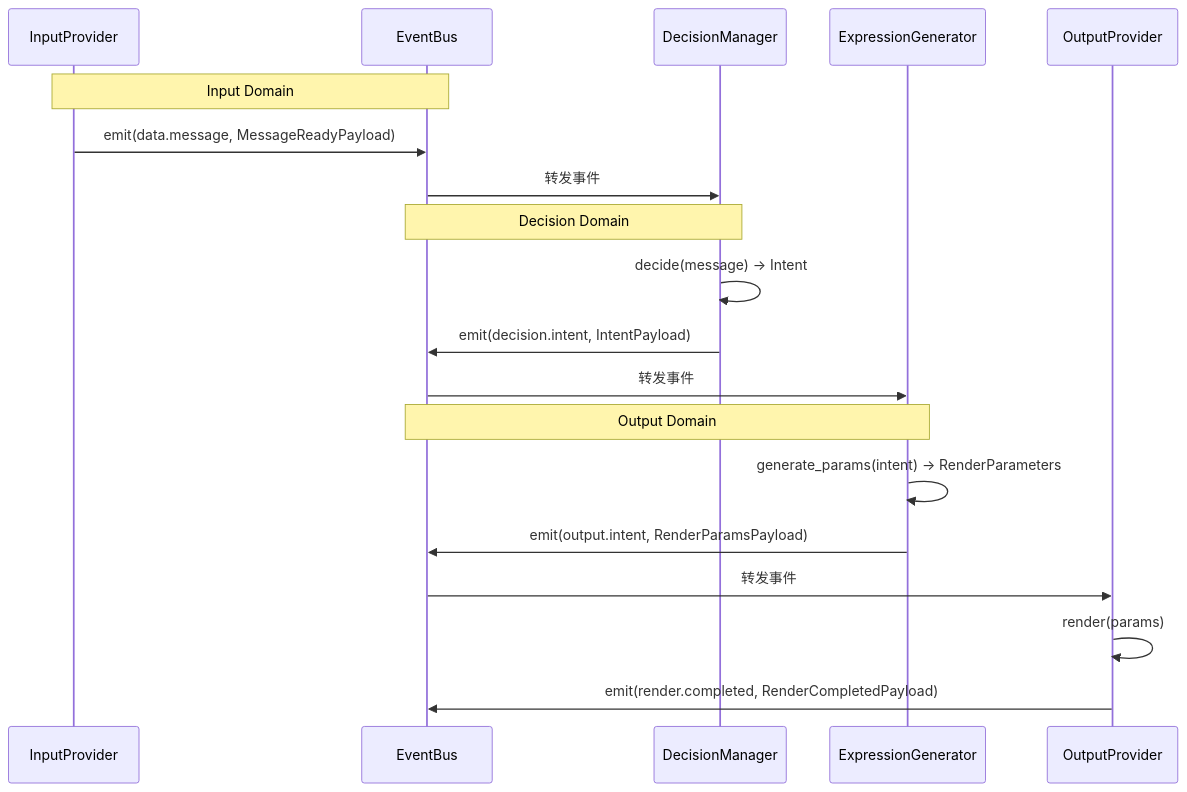
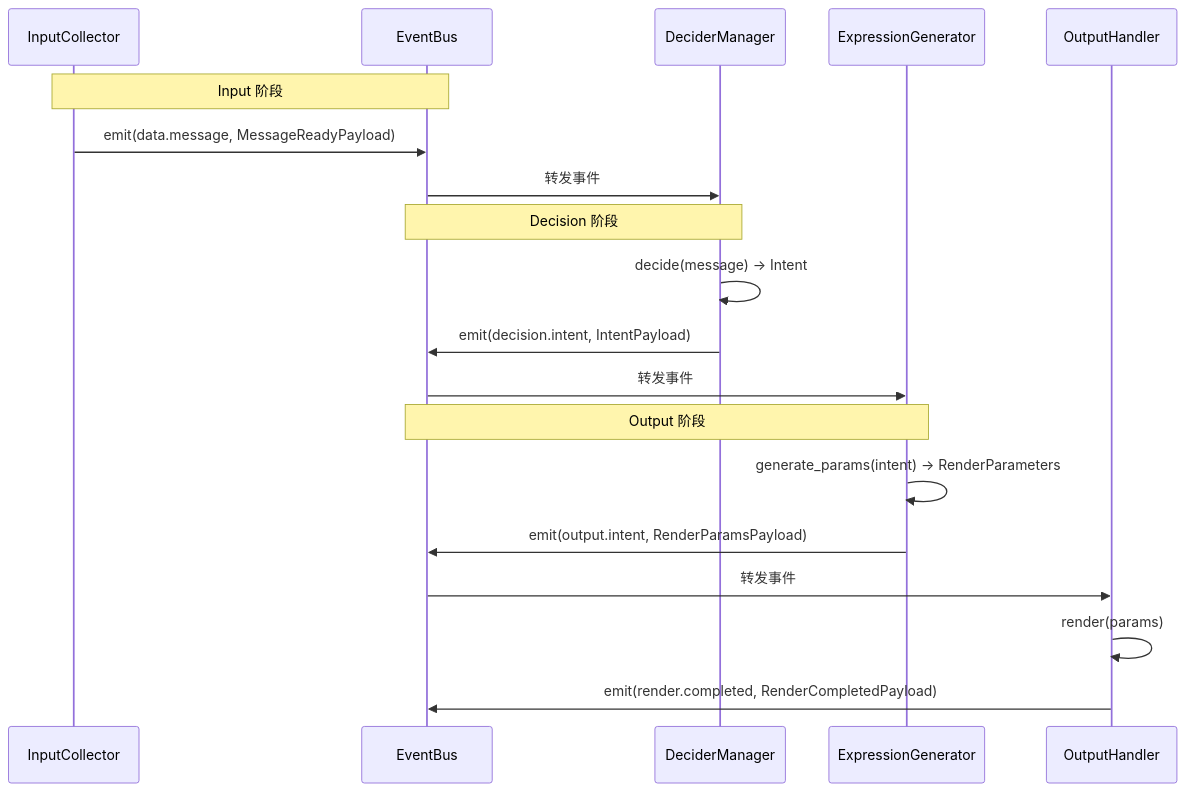
The fourth of 4 diagrams in docs/architecture/event-system.md (Mai-with-u/Amaidesu), drawn with Mermaid before and after one commit. The commit also changed other lines of this file and 169 other files, not shown here.

First line of the commit message:
重构: 移除 Provider 抽象层，改名为 Collector/Decider/Handler

````diff
--- a/docs/architecture/event-system.md
+++ b/docs/architecture/event-system.md
@@ -498,28 +498,28 @@
 ```mermaid
 sequenceDiagram
-    participant IP as InputProvider
+    participant IP as InputCollector
     participant EB as EventBus
-    participant DM as DecisionManager
+    participant DM as DeciderManager
     participant EG as ExpressionGenerator
-    participant OP as OutputProvider
+    participant OP as OutputHandler
 
-    Note over IP,EB: Input Domain
+    Note over IP,EB: Input 阶段
 
     IP->>EB: emit(data.message, MessageReadyPayload)
     EB->>DM: 转发事件
 
-    Note over DM,EB: Decision Domain
+    Note over DM,EB: Decision 阶段
 
     DM->>DM: decide(message) -> Intent
     DM->>EB: emit(decision.intent, IntentPayload)
     EB->>EG: 转发事件
 
-    Note over EG,EB: Output Domain
+    Note over EG,EB: Output 阶段
 
     EG->>EG: generate_params(intent) -> RenderParameters
     EG->>EB: emit(output.intent, RenderParamsPayload)
     EB->>OP: 转发事件
 
     OP->>OP: render(params)
     OP->>EB: emit(render.completed, RenderCompletedPayload)
 ```
````
